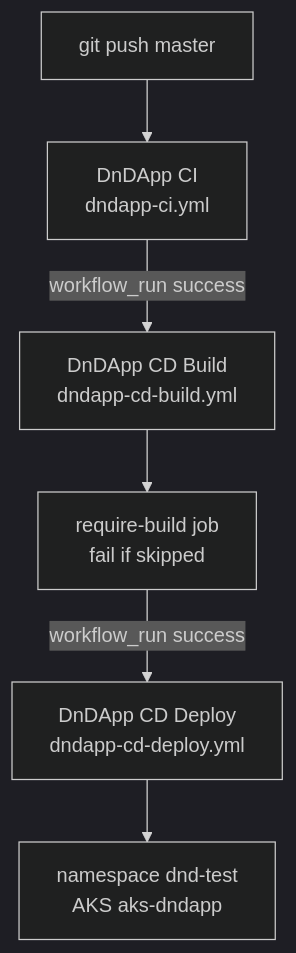
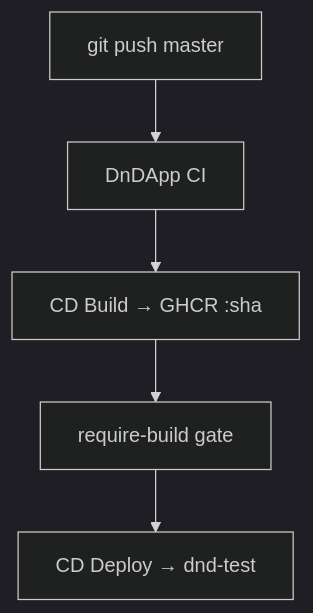
Before and after one commit to crozzbite/DnDApp: the second of 3 diagrams in docs/deployment/COMMAND-REFERENCE.md, drawn with Mermaid (dark theme). The commit also changed other lines of this file, not shown here.

First line of the commit message:
docs(deploy): slim COMMAND-REFERENCE to operational runbook (~280 lines)

````diff
--- a/docs/deployment/COMMAND-REFERENCE.md
+++ b/docs/deployment/COMMAND-REFERENCE.md
@@ -75,14 +45,7 @@
 ```mermaid
 flowchart TD
-  PUSH["git push master"]
-  CI["DnDApp CI<br/>dndapp-ci.yml"]
-  BUILD["DnDApp CD Build<br/>dndapp-cd-build.yml"]
-  REQ["require-build job<br/>fail if skipped"]
-  DEPLOY["DnDApp CD Deploy<br/>dndapp-cd-deploy.yml"]
-  TEST["namespace dnd-test<br/>AKS aks-dndapp"]
-  PUSH --> CI
-  CI -->|"workflow_run success"| BUILD
-  BUILD --> REQ
-  REQ -->|"workflow_run success"| DEPLOY
-  DEPLOY --> TEST
+  PUSH["git push master"] --> CI["DnDApp CI"]
+  CI --> BUILD["CD Build → GHCR :sha"]
+  BUILD --> REQ["require-build gate"]
+  REQ --> DEPLOY["CD Deploy → dnd-test"]
 ```
````
